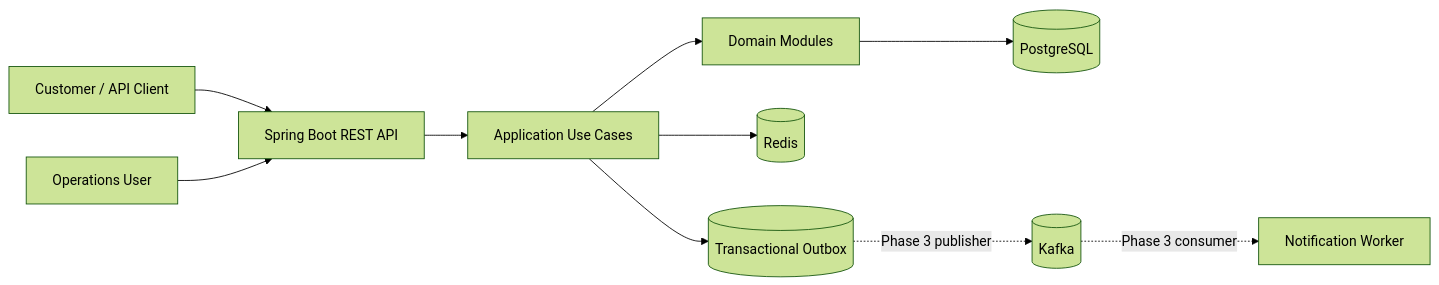
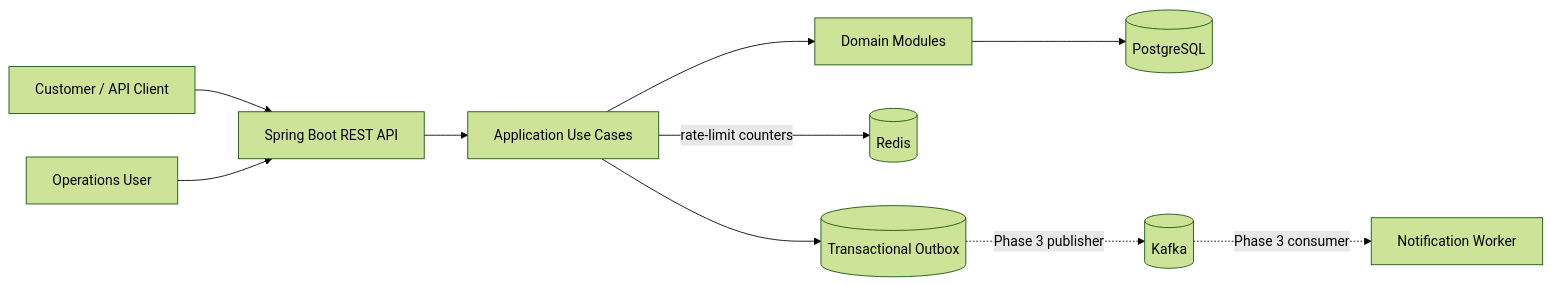
Before and after one commit to cyrushun/enterprise-payment-platform: the diagram in docs/architecture/system-architecture.md, drawn with Mermaid (forest theme). The commit also changed other lines of this file and 36 other files, not shown here.

````diff
--- a/docs/architecture/system-architecture.md
+++ b/docs/architecture/system-architecture.md
@@ -11,12 +11,12 @@
 ```mermaid
 flowchart LR
     Customer[Customer / API Client] --> API[Spring Boot REST API]
     Operator[Operations User] --> API
     API --> App[Application Use Cases]
     App --> Domain[Domain Modules]
     Domain --> DB[(PostgreSQL)]
-    App --> Cache[(Redis)]
+    App -->|rate-limit counters| Cache[(Redis)]
     App --> Outbox[(Transactional Outbox)]
     Outbox -. Phase 3 publisher .-> Kafka[(Kafka)]
     Kafka -. Phase 3 consumer .-> Notify[Notification Worker]
 ```
````
